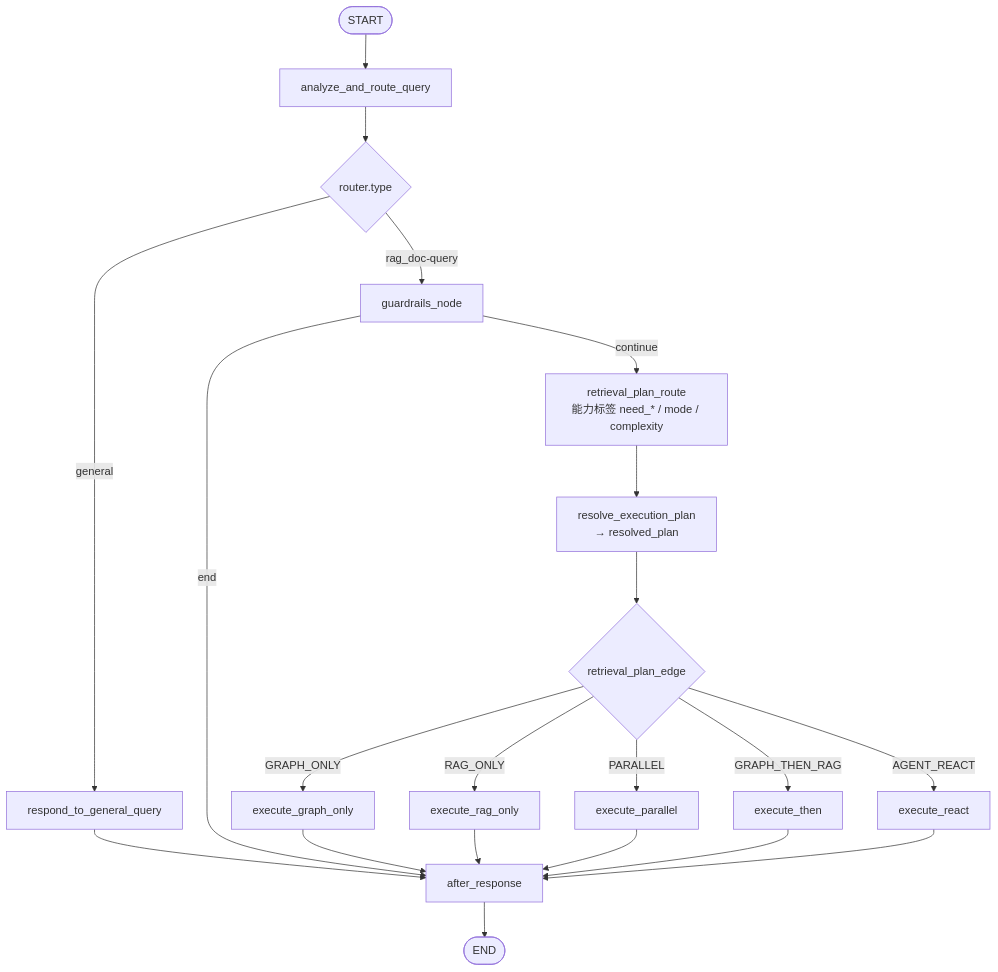
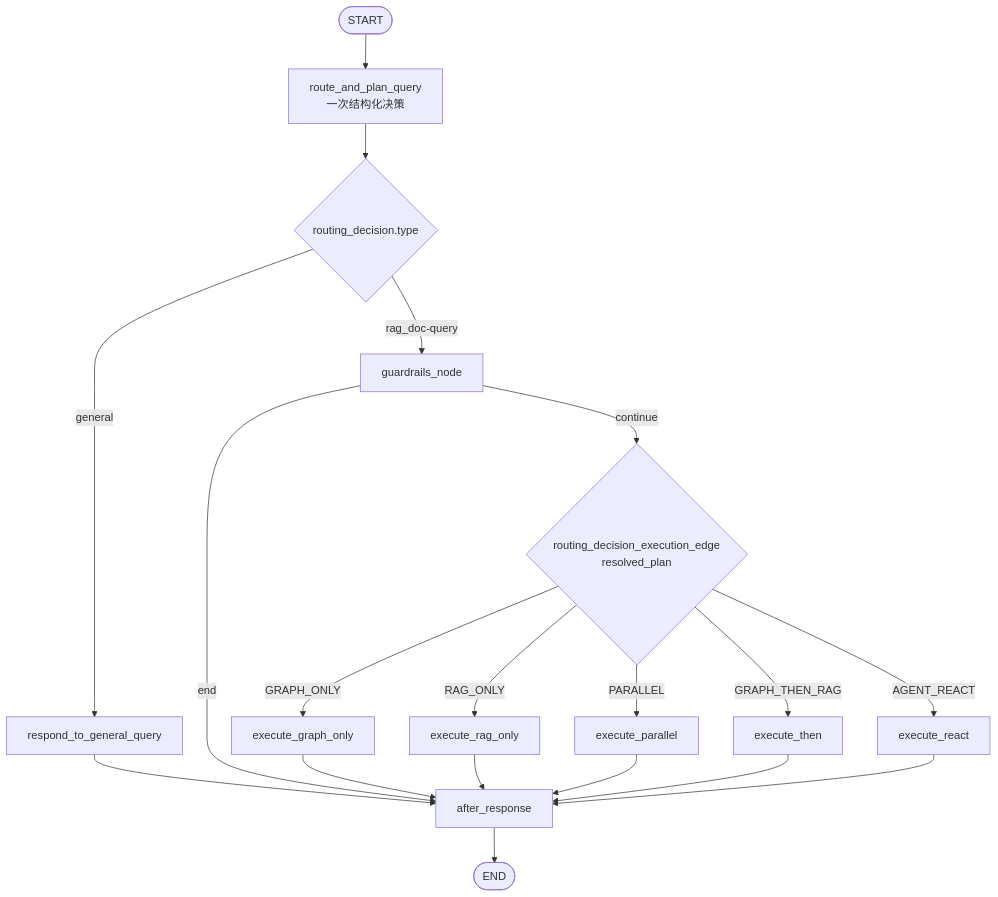
One commit to bitladykiller/- changed the first of 4 diagrams in docs/modules/03-对话与Agent主图.md. Above: the diagram before and after it, drawn with Mermaid. The commit also changed other lines of this file and 19 other files, not shown here.

````diff
--- a/docs/modules/03-对话与Agent主图.md
+++ b/docs/modules/03-对话与Agent主图.md
@@ -46,18 +46,16 @@
 ```mermaid
 flowchart TD
-    START([START]) --> A[analyze_and_route_query]
-    A --> RQ{router.type}
+    START([START]) --> A[route_and_plan_query<br/>一次结构化决策]
+    A --> RQ{routing_decision.type}
     RQ -->|general| GEN[respond_to_general_query]
     GEN --> AFTER[after_response]
     RQ -->|rag_doc-query| GRD[guardrails_node]
     GRD -->|end| AFTER
-    GRD -->|continue| PLAN[retrieval_plan_route<br/>能力标签 need_* / mode / complexity]
-    PLAN --> RES[resolve_execution_plan<br/>→ resolved_plan]
-    RES --> PE{retrieval_plan_edge}
+    GRD -->|continue| PE{routing_decision_execution_edge<br/>resolved_plan}
     PE -->|GRAPH_ONLY| E1[execute_graph_only]
     PE -->|RAG_ONLY| E2[execute_rag_only]
     PE -->|PARALLEL| E3[execute_parallel]
     PE -->|GRAPH_THEN_RAG| E4[execute_then]
     PE -->|AGENT_REACT| E5[execute_react]
     E1 & E2 & E3 & E4 & E5 --> AFTER --> ENDN([END])
 ```
````
